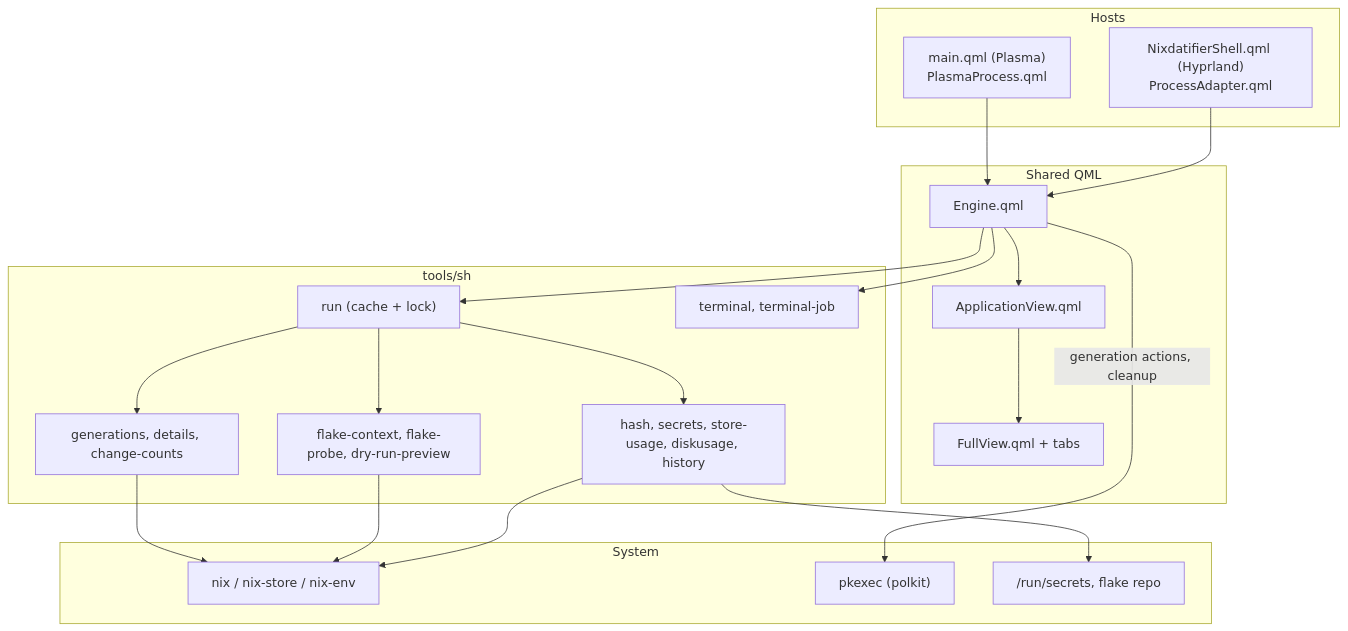
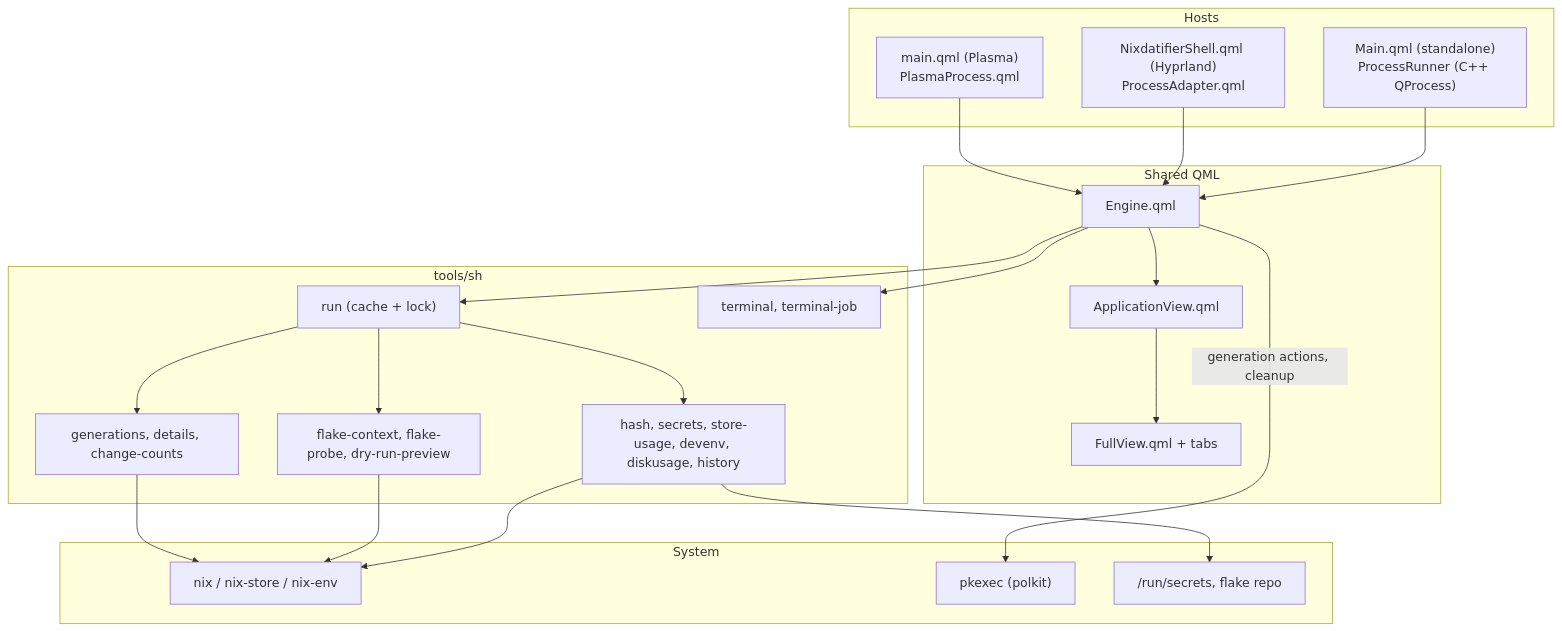
The diagram in README.md (Muddyblack/kde-nixdatifier), drawn with Mermaid before and after one commit. The commit also changed other lines of this file and 23 other files, not shown here.

````diff
--- a/README.md
+++ b/README.md
@@ -109,37 +158,39 @@
 ```mermaid
 flowchart TD
     subgraph Hosts
         P["main.qml (Plasma)<br/>PlasmaProcess.qml"]
         Q["NixdatifierShell.qml (Hyprland)<br/>ProcessAdapter.qml"]
+        W["Main.qml (standalone)<br/>ProcessRunner (C++ QProcess)"]
     end
 
     subgraph Core ["Shared QML"]
         E[Engine.qml]
         A[ApplicationView.qml]
         F["FullView.qml + tabs"]
     end
 
     subgraph Scripts ["tools/sh"]
         R["run (cache + lock)"]
         G["generations, details, change-counts"]
         FL["flake-context, flake-probe, dry-run-preview"]
-        T["hash, secrets, store-usage, diskusage, history"]
+        T["hash, secrets, store-usage, devenv, diskusage, history"]
         TE["terminal, terminal-job"]
     end
 
     subgraph System
         N["nix / nix-store / nix-env"]
         K["pkexec (polkit)"]
         S["/run/secrets, flake repo"]
     end
 
     P --> E
     Q --> E
+    W --> E
     E --> A --> F
     E --> R
     R --> G & FL & T
     E --> TE
     G & FL & T --> N
     E -->|generation actions, cleanup| K
     T --> S
 ```
````
